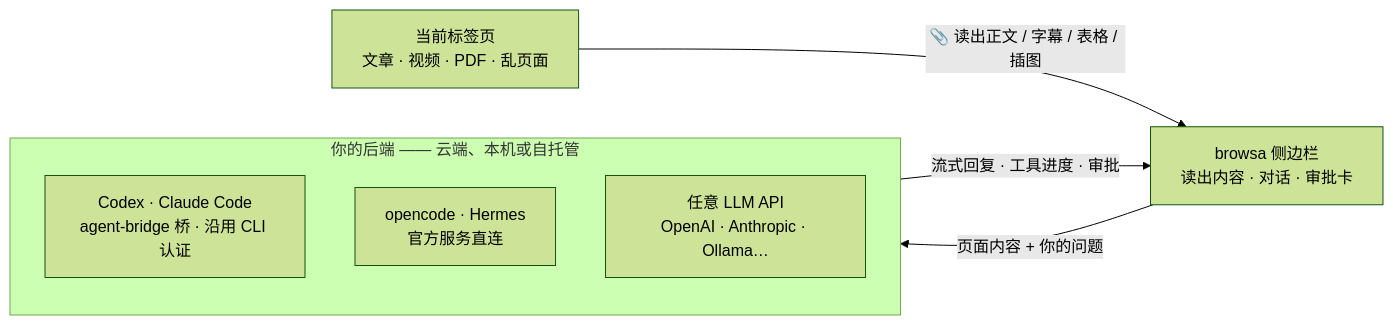
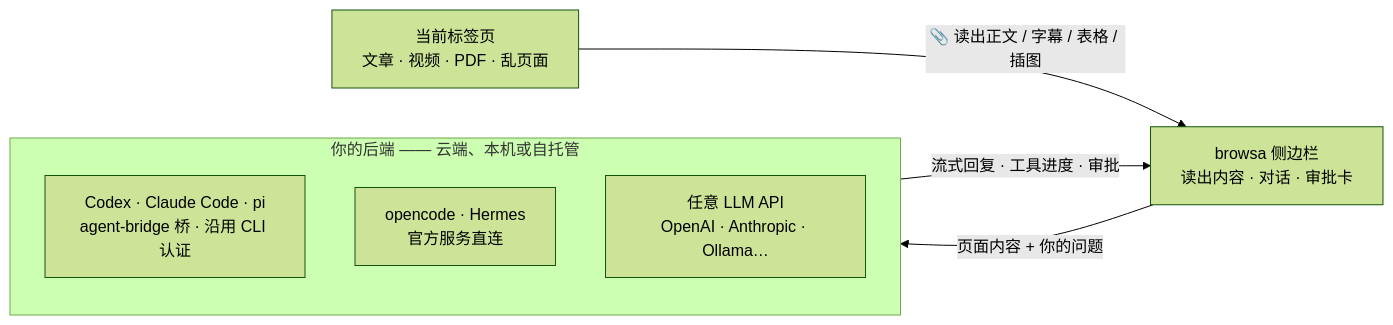
The diagram in README.zh-CN.md (xiaohuzai/browsa), drawn with Mermaid (forest theme) before and after one commit. The commit also changed other lines of this file and 20 other files, not shown here.

First line of the commit message:
Dev: Agent Bridge 桥接 pi——标签/README/官网/截图全链路同步 (#134)

````diff
--- a/README.zh-CN.md
+++ b/README.zh-CN.md
@@ -51,13 +52,13 @@
 ```mermaid
 flowchart LR
     P["当前标签页<br/>文章 · 视频 · PDF · 乱页面"]
     B["browsa 侧边栏<br/>读出内容 · 对话 · 审批卡"]
     subgraph Y["你的后端 —— 云端、本机或自托管"]
-        A1["Codex · Claude Code<br/>agent-bridge 桥 · 沿用 CLI 认证"]
+        A1["Codex · Claude Code · pi<br/>agent-bridge 桥 · 沿用 CLI 认证"]
         A2["opencode · Hermes<br/>官方服务直连"]
         A3["任意 LLM API<br/>OpenAI · Anthropic · Ollama…"]
     end
     P -->|"📎 读出正文 / 字幕 / 表格 / 插图"| B
     B -->|"页面内容 + 你的问题"| Y
     Y -->|"流式回复 · 工具进度 · 审批"| B
 ```
````
